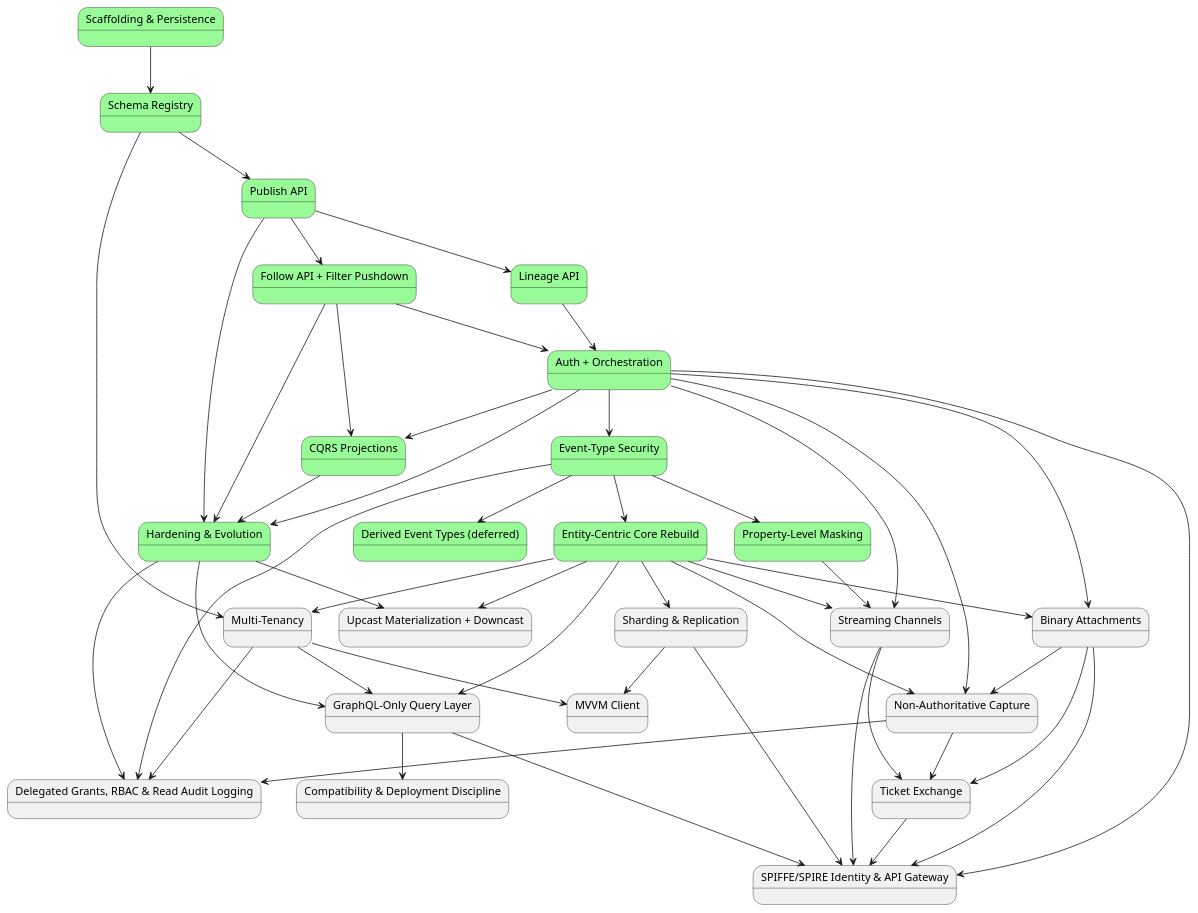
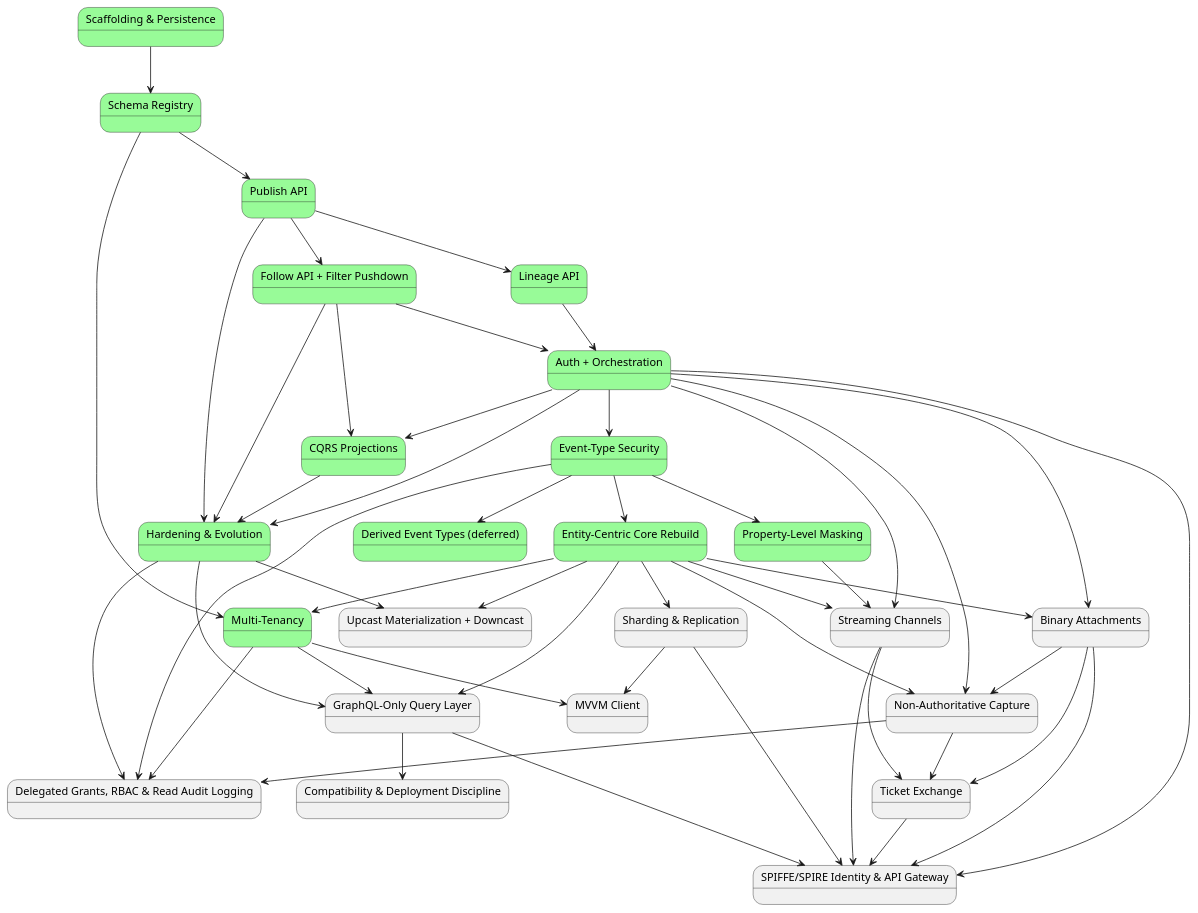
Before and after one commit to Mwwhited-BookLearning/EventSourcing: the first of 2 diagrams in docs/08-build-plan.md, drawn with PlantUML. The commit also changed other lines of this file and 11 other files, not shown here.

First line of the commit message:
Build Multi-Tenancy (build-plan item 13)

````diff
--- a/docs/08-build-plan.md
+++ b/docs/08-build-plan.md
@@ -156,77 +156,77 @@
 ```plantuml
 @startuml BuildPlan_CorePhases
 state "Scaffolding & Persistence" as p0 #palegreen
 state "Schema Registry" as p1 #palegreen
 state "Publish API" as p2 #palegreen
 state "Lineage API" as p3 #palegreen
 state "Follow API + Filter Pushdown" as p4 #palegreen
 state "Auth + Orchestration" as p5 #palegreen
 state "Event-Type Security" as p6 #palegreen
 state "Derived Event Types (deferred)" as p7 #palegreen
 state "Property-Level Masking" as p8 #palegreen
 state "CQRS Projections" as p9 #palegreen
 state "Hardening & Evolution" as p10 #palegreen
 state "Entity-Centric Core Rebuild" as p11 #palegreen
-state "Multi-Tenancy" as p12
+state "Multi-Tenancy" as p12 #palegreen
 state "Upcast Materialization + Downcast" as p13
 state "Streaming Channels" as p14
 state "Binary Attachments" as p15
 state "Sharding & Replication" as p16
 state "Non-Authoritative Capture" as p17
 state "GraphQL-Only Query Layer" as p18
 state "Compatibility & Deployment Discipline" as p19
 state "MVVM Client" as p20
 state "Ticket Exchange" as p21
 state "Delegated Grants, RBAC & Read Audit Logging" as p22
 state "SPIFFE/SPIRE Identity & API Gateway" as p23
 
 p0 --> p1
 p1 --> p2
 p2 --> p3
 p2 --> p4
 p3 --> p5
 p4 --> p5
 p5 --> p6
 p6 --> p7
 p6 --> p8
 p4 --> p9
 p5 --> p9
 p5 --> p10
 p2 --> p10
 p4 --> p10
 p9 --> p10
 p6 --> p11
 p1 --> p12
 p11 --> p12
 p10 --> p13
 p11 --> p13
 p5 --> p14
 p11 --> p14
 p8 --> p14
 p5 --> p15
 p11 --> p15
 p11 --> p16
 p11 --> p17
 p5 --> p17
 p15 --> p17
 p11 --> p18
 p12 --> p18
 p10 --> p18
 p18 --> p19
 p12 --> p20
 p16 --> p20
 p14 --> p21
 p15 --> p21
 p17 --> p21
 p17 --> p22
 p6 --> p22
 p12 --> p22
 p10 --> p22
 p5 --> p23
 p16 --> p23
 p14 --> p23
 p15 --> p23
 p18 --> p23
 p21 --> p23
 @enduml
 ```
````
